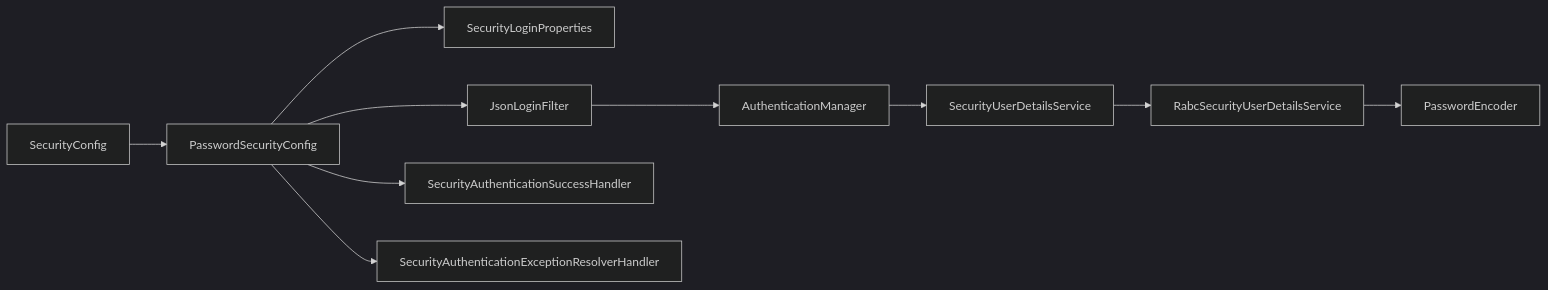
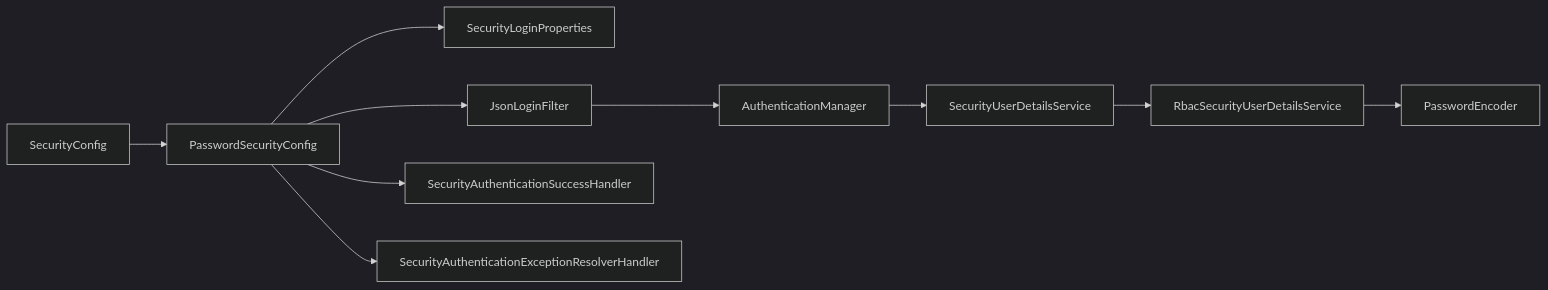
The fifth of 5 diagrams in .qoder/repowiki/zh/content/权限系统 (qy-auth)/安全配置 (auth-spring-boot-starter)/密码认证机制.md (LiukewenSC/kewen-framework), drawn with Mermaid (dark theme) before and after one commit. The commit also changed other lines of this file and 764 other files, not shown here.

````diff
--- a/.qoder/repowiki/zh/content/权限系统 (qy-auth)/安全配置 (auth-spring-boot-starter)/密码认证机制.md
+++ b/.qoder/repowiki/zh/content/权限系统 (qy-auth)/安全配置 (auth-spring-boot-starter)/密码认证机制.md
@@ -253,12 +253,12 @@
 ```mermaid
 graph LR
 CFG["PasswordSecurityConfig"] --> PROP["SecurityLoginProperties"]
 CFG --> FILT["JsonLoginFilter"]
 CFG --> SUCC["SecurityAuthenticationSuccessHandler"]
 CFG --> FAIL["SecurityAuthenticationExceptionResolverHandler"]
 FILT --> AUTHMGR["AuthenticationManager"]
 AUTHMGR --> UDS["SecurityUserDetailsService"]
-UDS --> RBAC["RabcSecurityUserDetailsService"]
+UDS --> RBAC["RbacSecurityUserDetailsService"]
 RBAC --> ENC["PasswordEncoder"]
 SEC["SecurityConfig"] --> CFG
 ```
````
